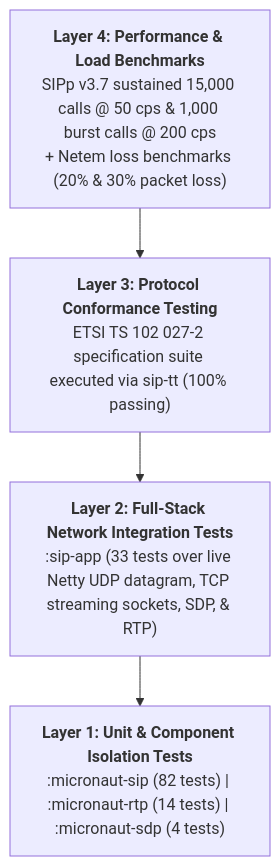
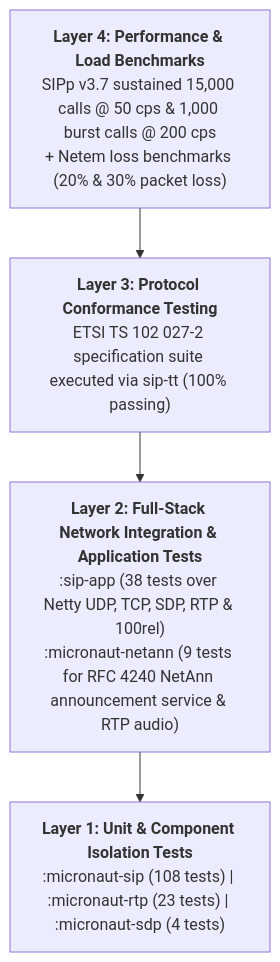
The diagram in doc/TESTING.md (net-pilgrim/micronaut-sip), drawn with Mermaid before and after one commit. The commit also changed other lines of this file and 35 other files, not shown here.

First line of the commit message:
Implement RFC 4240 NetAnn announcement service, RFC 3262 100rel PRACK, Kubernetes manifests, and docs

````diff
--- a/doc/TESTING.md
+++ b/doc/TESTING.md
@@ -7,10 +7,10 @@
 ```mermaid
 flowchart TD
     L4["<b>Layer 4: Performance & Load Benchmarks</b><br/>SIPp v3.7 sustained 15,000 calls @ 50 cps & 1,000 burst calls @ 200 cps<br/>+ Netem loss benchmarks (20% & 30% packet loss)"]
     L3["<b>Layer 3: Protocol Conformance Testing</b><br/>ETSI TS 102 027-2 specification suite executed via sip-tt (100% passing)"]
-    L2["<b>Layer 2: Full-Stack Network Integration Tests</b><br/>:sip-app (33 tests over live Netty UDP datagram, TCP streaming sockets, SDP, & RTP)"]
-    L1["<b>Layer 1: Unit & Component Isolation Tests</b><br/>:micronaut-sip (82 tests) | :micronaut-rtp (14 tests) | :micronaut-sdp (4 tests)"]
+    L2["<b>Layer 2: Full-Stack Network Integration & Application Tests</b><br/>:sip-app (38 tests over Netty UDP, TCP, SDP, RTP & 100rel)<br/>:micronaut-netann (9 tests for RFC 4240 NetAnn announcement service & RTP audio)"]
+    L1["<b>Layer 1: Unit & Component Isolation Tests</b><br/>:micronaut-sip (108 tests) | :micronaut-rtp (23 tests) | :micronaut-sdp (4 tests)"]
     L4 --> L3
     L3 --> L2
     L2 --> L1
 ```
````
